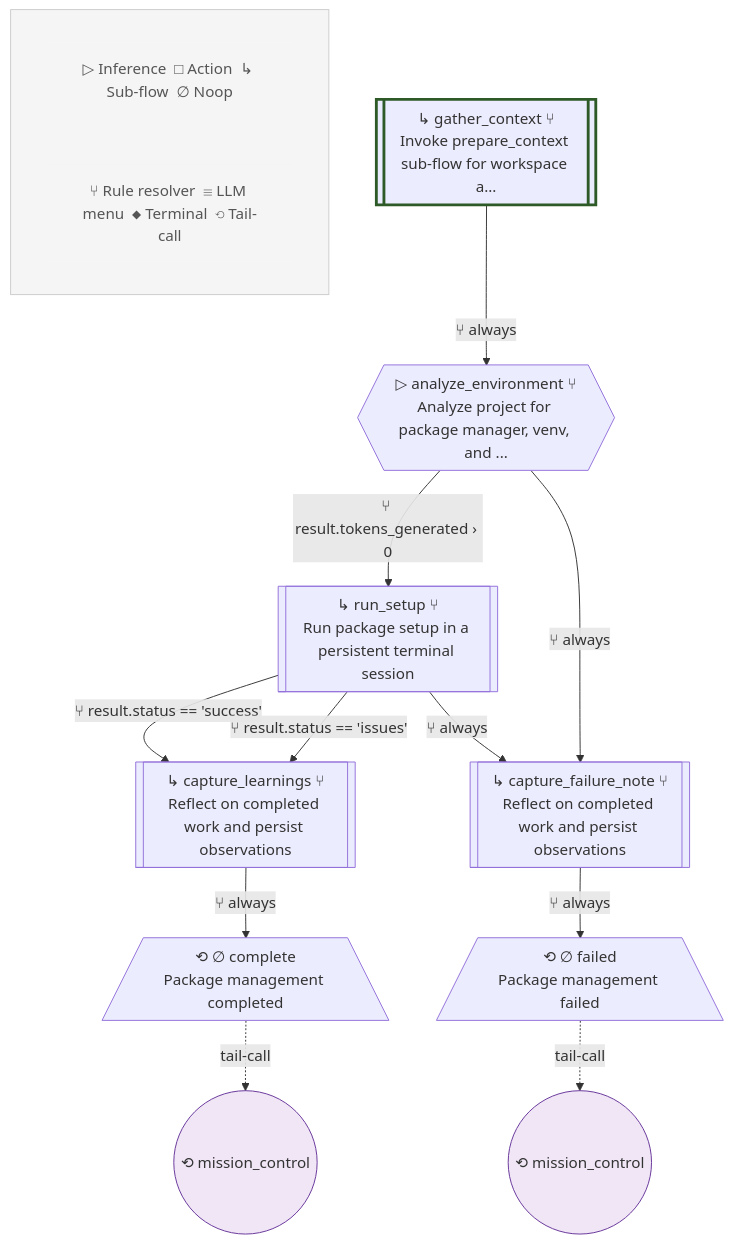
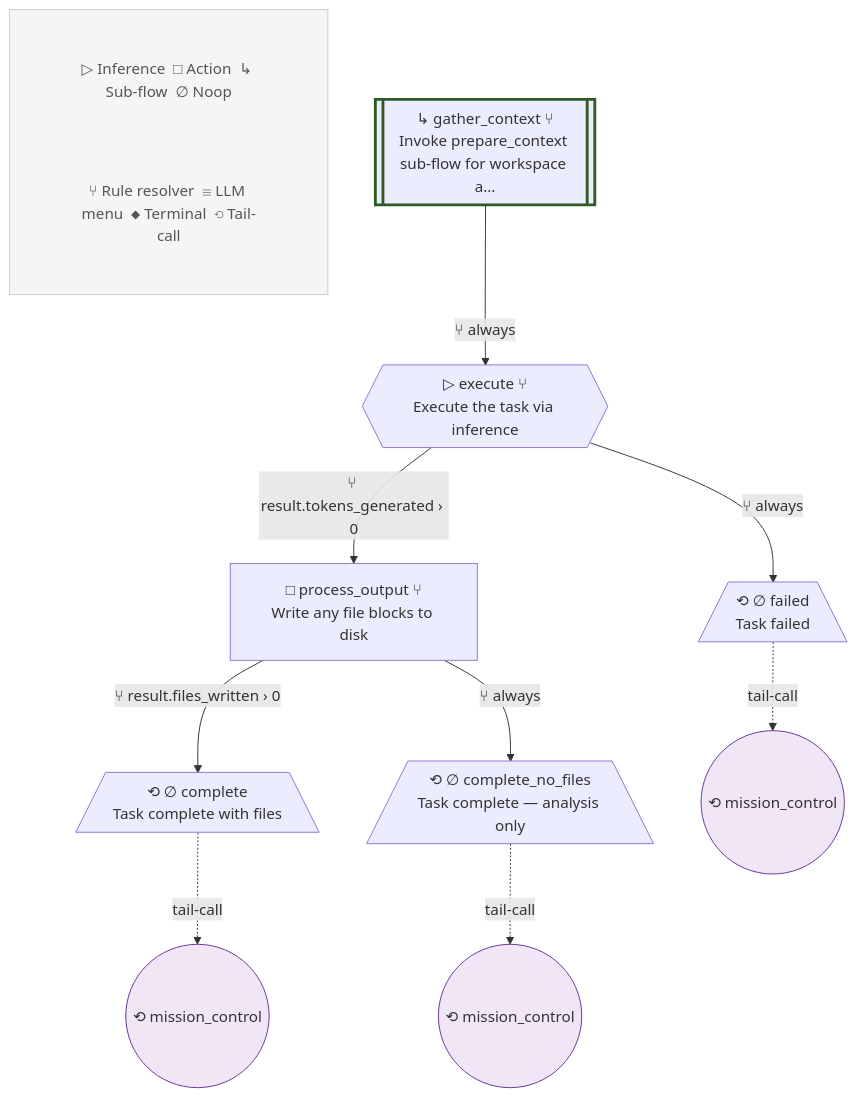
One commit to lah-rb/ouroboros changed the ninth of 31 diagrams in blueprint.md. Above: the diagram before and after it, drawn with Mermaid. The commit also changed other lines of this file and 32 other files, not shown here.

````diff
--- a/blueprint.md
+++ b/blueprint.md
@@ -879,38 +778,37 @@
 ```mermaid
 flowchart TD
-    %% manage_packages v1
+    %% manage_packages v2
 
     subgraph Legend[" "]
         L1["▷ Inference  □ Action  ↳ Sub-flow  ∅ Noop"]
         L2["⑂ Rule resolver  ☰ LLM menu  ◆ Terminal  ⟲ Tail-call"]
     end
     style Legend fill:#f5f5f5,stroke:#ccc,stroke-width:1px
     style L1 fill:#f5f5f5,stroke:none,color:#555
     style L2 fill:#f5f5f5,stroke:none,color:#555
 
     gather_context[["↳ gather_context ⑂\nInvoke prepare_context sub-flow for workspace a..."]]
-    analyze_environment{{"▷ analyze_environment ⑂\nAnalyze project for package manager, venv, and ..."}}
-    run_setup[["↳ run_setup ⑂\nRun package setup in a persistent terminal session"]]
-    capture_learnings[["↳ capture_learnings ⑂\nReflect on completed work and persist observations"]]
-    complete[/"⟲ ∅ complete\nPackage management completed"\]
-    capture_failure_note[["↳ capture_failure_note ⑂\nReflect on completed work and persist observations"]]
-    failed[/"⟲ ∅ failed\nPackage management failed"\]
+    execute{{"▷ execute ⑂\nExecute the task via inference"}}
+    process_output["□ process_output ⑂\nWrite any file blocks to disk"]
+    complete[/"⟲ ∅ complete\nTask complete with files"\]
+    complete_no_files[/"⟲ ∅ complete_no_files\nTask complete — analysis only"\]
+    failed[/"⟲ ∅ failed\nTask failed"\]
 
     style gather_context stroke-width:3px,stroke:#2d5a27
 
-    gather_context -->|⑂ always| analyze_environment
-    analyze_environment -->|⑂ result.tokens_generated › 0| run_setup
-    analyze_environment -->|⑂ always| capture_failure_note
-    run_setup -->|⑂ result.status == 'success'| capture_learnings
-    run_setup -->|⑂ result.status == 'issues'| capture_learnings
-    run_setup -->|⑂ always| capture_failure_note
-    capture_learnings -->|⑂ always| complete
+    gather_context -->|⑂ always| execute
+    execute -->|⑂ result.tokens_generated › 0| process_output
+    execute -->|⑂ always| failed
+    process_output -->|⑂ result.files_written › 0| complete
+    process_output -->|⑂ always| complete_no_files
     tc_complete(("⟲ mission_control"))
     style tc_complete fill:#f0e6f6,stroke:#663399
     complete -.->|tail-call| tc_complete
-    capture_failure_note -->|⑂ always| failed
+    tc_complete_no_files(("⟲ mission_control"))
+    style tc_complete_no_files fill:#f0e6f6,stroke:#663399
+    complete_no_files -.->|tail-call| tc_complete_no_files
     tc_failed(("⟲ mission_control"))
     style tc_failed fill:#f0e6f6,stroke:#663399
     failed -.->|tail-call| tc_failed
 
 ```
````
